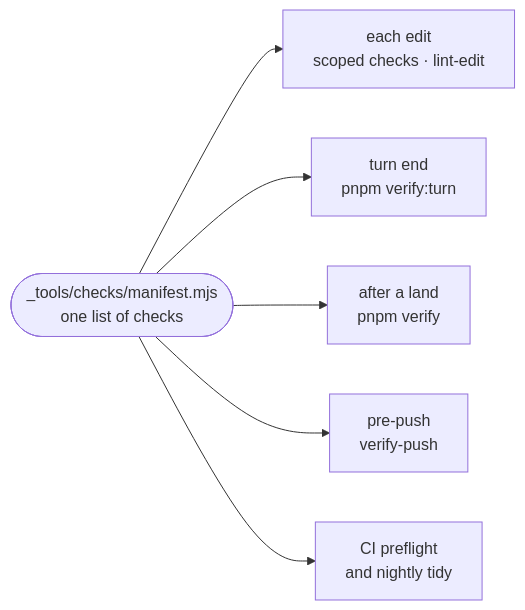
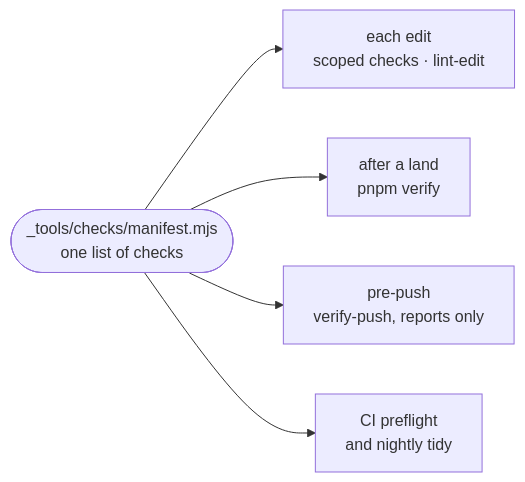
The diagram in docs/architecture/conventions.md (intentic/intentic), drawn with Mermaid before and after one commit. The commit also changed other lines of this file and 178 other files, not shown here.

````diff
--- a/docs/architecture/conventions.md
+++ b/docs/architecture/conventions.md
@@ -5,8 +5,7 @@
 ```mermaid
 flowchart LR
     list(["_tools/checks/manifest.mjs<br/>one list of checks"]) --> edit["each edit<br/>scoped checks · lint-edit"]
-    list --> turn["turn end<br/>pnpm verify:turn"]
     list --> land["after a land<br/>pnpm verify"]
-    list --> push["pre-push<br/>verify-push"]
+    list --> push["pre-push<br/>verify-push, reports only"]
     list --> ci["CI preflight<br/>and nightly tidy"]
 ```
````
